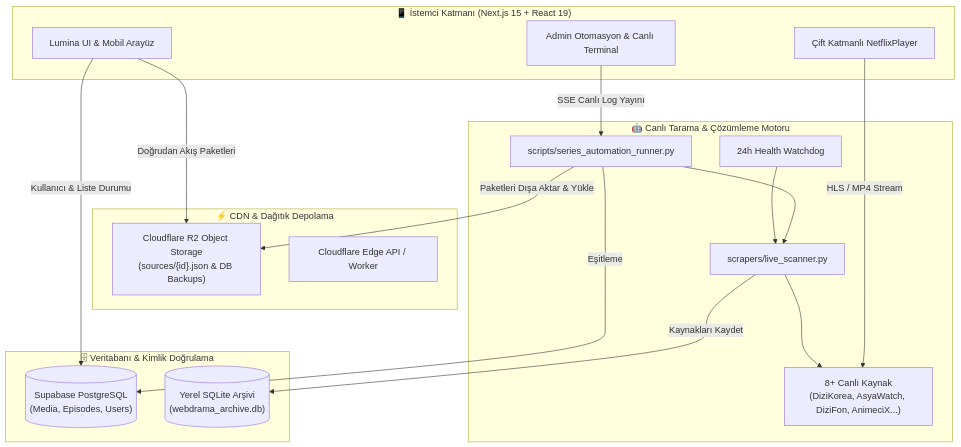
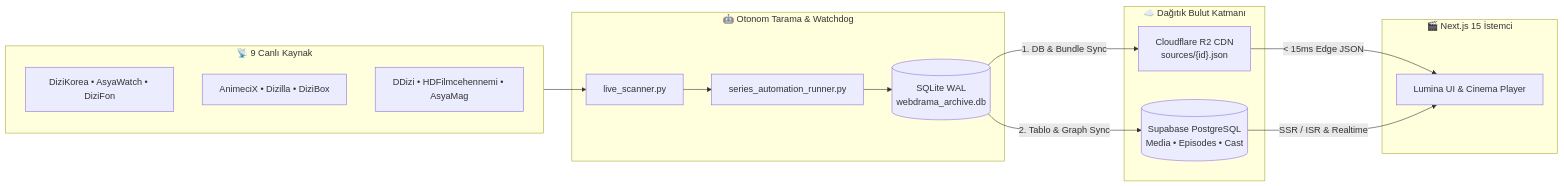
One commit to perfectusmim1/KoUp changed the diagram in README.md. Above: the diagram before and after it, drawn with Mermaid. The commit also changed other lines of this file and 3 other files, not shown here.

````diff
--- a/README.md
+++ b/README.md
@@ -71,36 +109,29 @@
 ```mermaid
-flowchart TD
-    subgraph Client["📱 İstemci Katmanı (Next.js 15 + React 19)"]
-        UI["Lumina UI & Mobil Arayüz"]
-        Player["Çift Katmanlı NetflixPlayer"]
-        AdminUI["Admin Otomasyon & Canlı Terminal"]
+flowchart LR
+    subgraph Sources["📡 9 Canlı Kaynak"]
+        S1["DiziKorea • AsyaWatch • DiziFon"]
+        S2["AnimeciX • Dizilla • DiziBox"]
+        S3["DDizi • HDFilmcehennemi • AsyaMag"]
     end
 
-    subgraph Edge["⚡ CDN & Dağıtık Depolama"]
-        R2["Cloudflare R2 Object Storage<br/>(sources/{id}.json & DB Backups)"]
-        EdgeWorker["Cloudflare Edge API / Worker"]
+    subgraph Engine["🤖 Otonom Tarama & Watchdog"]
+        Scanner["live_scanner.py"]
+        Runner["series_automation_runner.py"]
+        LocalDB[("SQLite WAL\nwebdrama_archive.db")]
     end
 
-    subgraph Backend["🗄 Veritabanı & Kimlik Doğrulama"]
-        SupabaseDB[("Supabase PostgreSQL<br/>(Media, Episodes, Users)")]
-        SQLiteArchive[("Yerel SQLite Arşivi<br/>(webdrama_archive.db)")]
+    subgraph Cloud["☁️ Dağıtık Bulut Katmanı"]
+        R2["Cloudflare R2 CDN\nsources/{id}.json"]
+        Supa[("Supabase PostgreSQL\nMedia • Episodes • Cast")]
     end
 
-    subgraph Scrapers["🤖 Canlı Tarama & Çözümleme Motoru"]
-        LiveScanner["scrapers/live_scanner.py"]
-        AutoRunner["scripts/series_automation_runner.py"]
-        Watchdog["24h Health Watchdog"]
-        Sites["8+ Canlı Kaynak<br/>(DiziKorea, AsyaWatch, DiziFon, AnimeciX...)"]
+    subgraph App["🎬 Next.js 15 İstemci"]
+        UI["Lumina UI & Cinema Player"]
     end
 
-    UI -->|Doğrudan Akış Paketleri| R2
-    UI -->|Kullanıcı & Liste Durumu| SupabaseDB
-    Player -->|HLS / MP4 Stream| Sites
-    AdminUI -->|SSE Canlı Log Yayını| AutoRunner
-    AutoRunner --> LiveScanner
-    LiveScanner --> Sites
-    LiveScanner -->|Kaynakları Kaydet| SQLiteArchive
-    AutoRunner -->|Paketleri Dışa Aktar & Yükle| R2
-    AutoRunner -->|Eşitleme| SupabaseDB
-    Watchdog --> LiveScanner
+    Sources --> Scanner --> Runner --> LocalDB
+    LocalDB -->|"1. DB & Bundle Sync"| R2
+    LocalDB -->|"2. Tablo & Graph Sync"| Supa
+    R2 -->|"< 15ms Edge JSON"| UI
+    Supa -->|"SSR / ISR & Realtime"| UI
 ```
````
